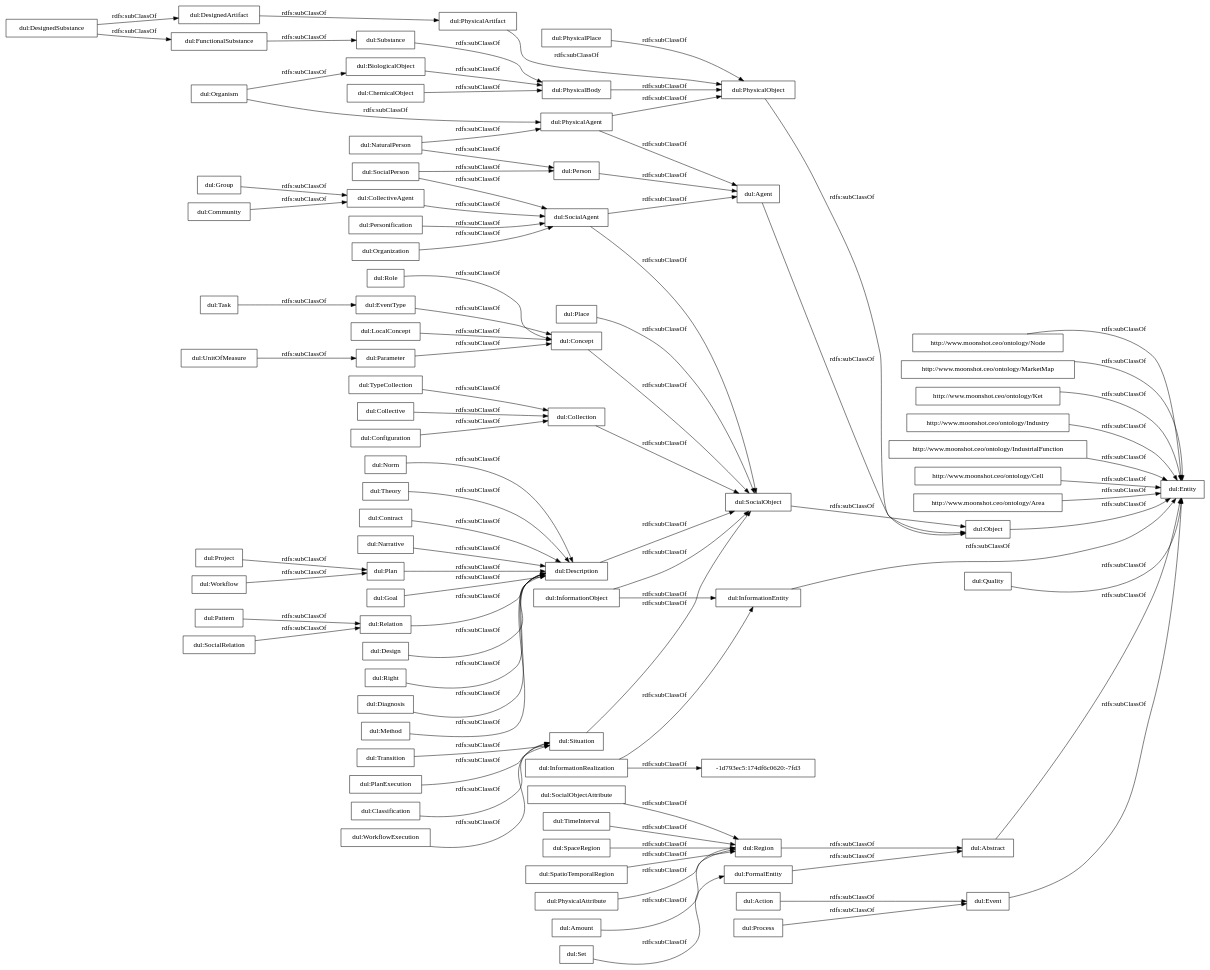
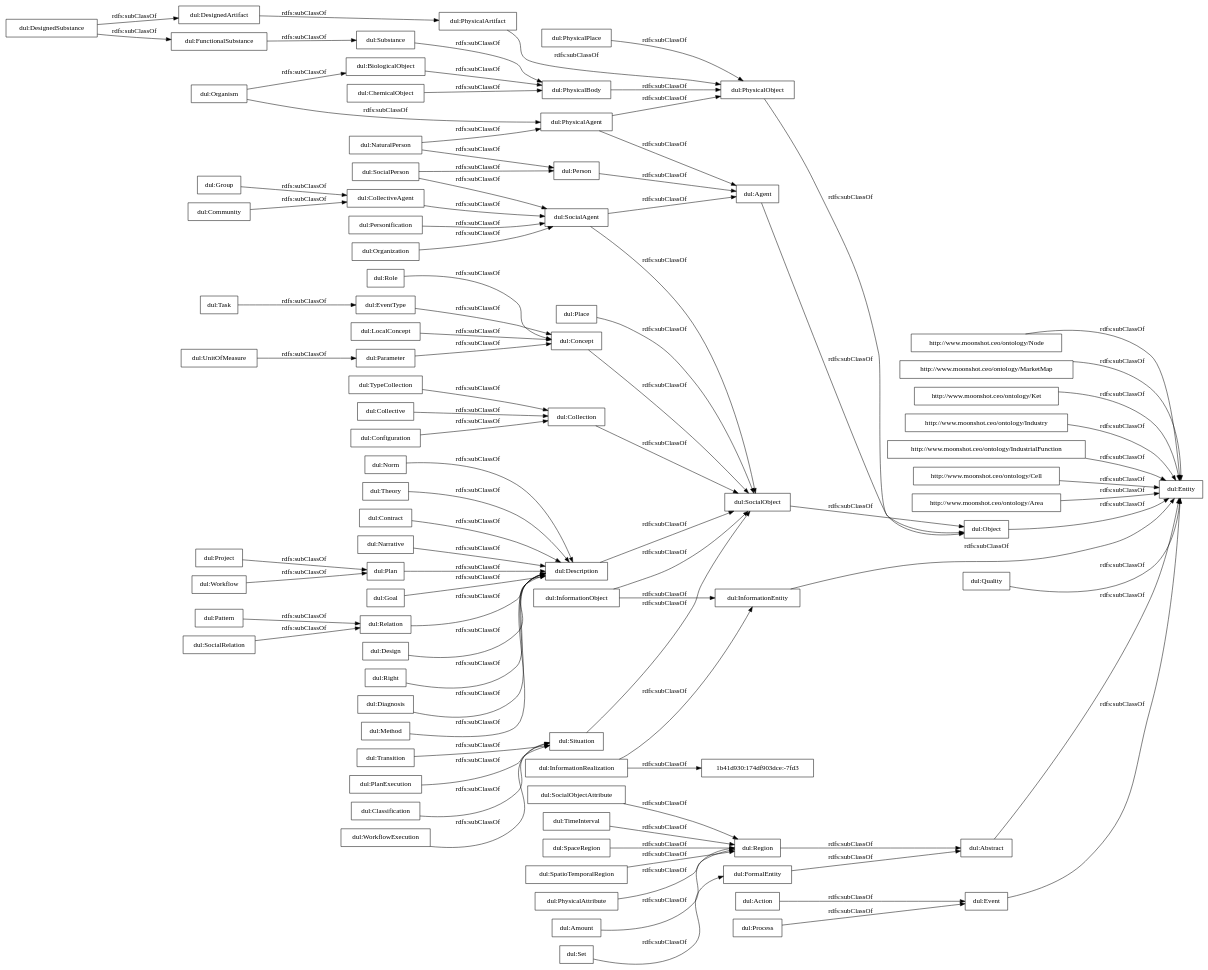
The diagram in OnToology/iebrain.ttl/diagrams/ar2dtool-taxonomy/iebrain.ttl.png.dot (oeg-upm/IEBrain), drawn with Graphviz before and after one commit. The commit also changed 5 other files, not shown here.

```diff
--- a/OnToology/iebrain.ttl/diagrams/ar2dtool-taxonomy/iebrain.ttl.png.dot
+++ b/OnToology/iebrain.ttl/diagrams/ar2dtool-taxonomy/iebrain.ttl.png.dot
@@ -1,95 +1,95 @@
 digraph ar2dtool_diagram { 
 rankdir=LR;
 size="1000"
-node [shape = rectangle, color="black"]; "http://www.moonshot.ceo/ontology/Node" "http://www.moonshot.ceo/ontology/MarketMap" "http://www.moonshot.ceo/ontology/Ket" "http://www.moonshot.ceo/ontology/Industry" "http://www.moonshot.ceo/ontology/IndustrialFunction" "http://www.moonshot.ceo/ontology/Cell" "http://www.moonshot.ceo/ontology/Area" "dul:Goal" "dul:FormalEntity" "dul:EventType" "-1d793ec5:174df6c0620:-7fd3" "dul:PhysicalBody" "dul:Object" "dul:Description" "dul:PhysicalAgent" "dul:Relation" "dul:Role" "dul:Entity" "dul:Organism" "dul:Personification" "dul:Situation" "dul:UnitOfMeasure" "dul:Abstract" "dul:SocialPerson" "dul:Transition" "dul:Collective" "dul:CollectiveAgent" "dul:Amount" "dul:Plan" "dul:Design" "dul:Process" "dul:SocialObjectAttribute" "dul:Right" "dul:Task" "dul:DesignedSubstance" "dul:BiologicalObject" "dul:Place" "dul:Quality" "dul:Action" "dul:SocialAgent" "dul:Configuration" "dul:Project" "dul:PlanExecution" "dul:Pattern" "dul:Diagnosis" "dul:Agent" "dul:Classification" "dul:Parameter" "dul:WorkflowExecution" "dul:SocialObject" "dul:Group" "dul:Community" "dul:FunctionalSubstance" "dul:PhysicalPlace" "dul:Method" "dul:Concept" "dul:SocialRelation" "dul:Event" "dul:DesignedArtifact" "dul:TimeInterval" "dul:Person" "dul:TypeCollection" "dul:SpaceRegion" "dul:PhysicalObject" "dul:SpatioTemporalRegion" "dul:Norm" "dul:InformationRealization" "dul:Theory" "dul:PhysicalAttribute" "dul:NaturalPerson" "dul:Workflow" "dul:InformationObject" "dul:ChemicalObject" "dul:Contract" "dul:Narrative" "dul:Collection" "dul:Substance" "dul:Region" "dul:InformationEntity" "dul:PhysicalArtifact" "dul:Organization" "dul:Set" "dul:LocalConcept" ; /*classes style*/
+node [shape = rectangle, color="black"]; "http://www.moonshot.ceo/ontology/Node" "http://www.moonshot.ceo/ontology/MarketMap" "http://www.moonshot.ceo/ontology/Ket" "http://www.moonshot.ceo/ontology/Industry" "http://www.moonshot.ceo/ontology/IndustrialFunction" "http://www.moonshot.ceo/ontology/Cell" "http://www.moonshot.ceo/ontology/Area" "dul:Goal" "dul:FormalEntity" "dul:EventType" "dul:PhysicalBody" "dul:Object" "dul:Description" "dul:PhysicalAgent" "dul:Relation" "dul:Role" "dul:Entity" "dul:Organism" "dul:Personification" "dul:Situation" "dul:UnitOfMeasure" "dul:Abstract" "dul:SocialPerson" "dul:Transition" "dul:Collective" "dul:CollectiveAgent" "dul:Amount" "dul:Plan" "dul:Design" "dul:Process" "dul:SocialObjectAttribute" "dul:Right" "dul:Task" "dul:DesignedSubstance" "dul:BiologicalObject" "dul:Place" "dul:Quality" "dul:Action" "dul:SocialAgent" "dul:Configuration" "dul:Project" "dul:PlanExecution" "dul:Pattern" "dul:Agent" "dul:Classification" "dul:Diagnosis" "dul:Parameter" "dul:WorkflowExecution" "dul:SocialObject" "dul:Group" "dul:Community" "dul:FunctionalSubstance" "dul:PhysicalPlace" "dul:Method" "dul:Concept" "dul:SocialRelation" "dul:Event" "dul:DesignedArtifact" "dul:TimeInterval" "dul:Person" "dul:TypeCollection" "dul:SpaceRegion" "dul:PhysicalObject" "dul:SpatioTemporalRegion" "dul:Norm" "dul:InformationRealization" "dul:Theory" "dul:PhysicalAttribute" "dul:NaturalPerson" "dul:Workflow" "dul:InformationObject" "dul:ChemicalObject" "dul:Contract" "dul:Narrative" "dul:Collection" "dul:Substance" "1b41d930:174df903dce:-7fd3" "dul:Region" "dul:InformationEntity" "dul:PhysicalArtifact" "dul:Organization" "dul:Set" "dul:LocalConcept" ; /*classes style*/
 	"dul:CollectiveAgent" -> "dul:SocialAgent" [ label = "rdfs:subClassOf" ];
 	"dul:Region" -> "dul:Abstract" [ label = "rdfs:subClassOf" ];
 	"dul:TypeCollection" -> "dul:Collection" [ label = "rdfs:subClassOf" ];
 	"dul:PhysicalAttribute" -> "dul:Region" [ label = "rdfs:subClassOf" ];
 	"dul:Organization" -> "dul:SocialAgent" [ label = "rdfs:subClassOf" ];
 	"http://www.moonshot.ceo/ontology/Node" -> "dul:Entity" [ label = "rdfs:subClassOf" ];
 	"dul:Configuration" -> "dul:Collection" [ label = "rdfs:subClassOf" ];
 	"dul:Quality" -> "dul:Entity" [ label = "rdfs:subClassOf" ];
 	"dul:Description" -> "dul:SocialObject" [ label = "rdfs:subClassOf" ];
 	"dul:Community" -> "dul:CollectiveAgent" [ label = "rdfs:subClassOf" ];
 	"dul:Method" -> "dul:Description" [ label = "rdfs:subClassOf" ];
 	"dul:Concept" -> "dul:SocialObject" [ label = "rdfs:subClassOf" ];
 	"dul:Object" -> "dul:Entity" [ label = "rdfs:subClassOf" ];
 	"dul:Place" -> "dul:SocialObject" [ label = "rdfs:subClassOf" ];
 	"dul:PhysicalArtifact" -> "dul:PhysicalObject" [ label = "rdfs:subClassOf" ];
 	"dul:Organism" -> "dul:PhysicalAgent" [ label = "rdfs:subClassOf" ];
 	"dul:Organism" -> "dul:BiologicalObject" [ label = "rdfs:subClassOf" ];
 	"dul:Goal" -> "dul:Description" [ label = "rdfs:subClassOf" ];
 	"dul:FunctionalSubstance" -> "dul:Substance" [ label = "rdfs:subClassOf" ];
 	"dul:Role" -> "dul:Concept" [ label = "rdfs:subClassOf" ];
 	"dul:Collective" -> "dul:Collection" [ label = "rdfs:subClassOf" ];
 	"dul:InformationObject" -> "dul:SocialObject" [ label = "rdfs:subClassOf" ];
 	"dul:InformationObject" -> "dul:InformationEntity" [ label = "rdfs:subClassOf" ];
 	"dul:UnitOfMeasure" -> "dul:Parameter" [ label = "rdfs:subClassOf" ];
 	"dul:SocialObjectAttribute" -> "dul:Region" [ label = "rdfs:subClassOf" ];
 	"dul:WorkflowExecution" -> "dul:Situation" [ label = "rdfs:subClassOf" ];
 	"dul:Right" -> "dul:Description" [ label = "rdfs:subClassOf" ];
 	"dul:Task" -> "dul:EventType" [ label = "rdfs:subClassOf" ];
 	"dul:Set" -> "dul:FormalEntity" [ label = "rdfs:subClassOf" ];
 	"dul:DesignedSubstance" -> "dul:FunctionalSubstance" [ label = "rdfs:subClassOf" ];
 	"dul:DesignedSubstance" -> "dul:DesignedArtifact" [ label = "rdfs:subClassOf" ];
 	"dul:SocialObject" -> "dul:Object" [ label = "rdfs:subClassOf" ];
 	"dul:Parameter" -> "dul:Concept" [ label = "rdfs:subClassOf" ];
-	"dul:InformationRealization" -> "-1d793ec5:174df6c0620:-7fd3" [ label = "rdfs:subClassOf" ];
+	"dul:InformationRealization" -> "1b41d930:174df903dce:-7fd3" [ label = "rdfs:subClassOf" ];
 	"dul:InformationRealization" -> "dul:InformationEntity" [ label = "rdfs:subClassOf" ];
 	"dul:Substance" -> "dul:PhysicalBody" [ label = "rdfs:subClassOf" ];
 	"dul:Event" -> "dul:Entity" [ label = "rdfs:subClassOf" ];
 	"dul:PhysicalAgent" -> "dul:PhysicalObject" [ label = "rdfs:subClassOf" ];
 	"dul:PhysicalAgent" -> "dul:Agent" [ label = "rdfs:subClassOf" ];
 	"http://www.moonshot.ceo/ontology/Area" -> "dul:Entity" [ label = "rdfs:subClassOf" ];
 	"dul:Project" -> "dul:Plan" [ label = "rdfs:subClassOf" ];
 	"dul:PhysicalObject" -> "dul:Object" [ label = "rdfs:subClassOf" ];
 	"dul:Action" -> "dul:Event" [ label = "rdfs:subClassOf" ];
 	"dul:Situation" -> "dul:SocialObject" [ label = "rdfs:subClassOf" ];
 	"dul:Design" -> "dul:Description" [ label = "rdfs:subClassOf" ];
 	"dul:EventType" -> "dul:Concept" [ label = "rdfs:subClassOf" ];
 	"dul:Classification" -> "dul:Situation" [ label = "rdfs:subClassOf" ];
 	"http://www.moonshot.ceo/ontology/IndustrialFunction" -> "dul:Entity" [ label = "rdfs:subClassOf" ];
 	"dul:Workflow" -> "dul:Plan" [ label = "rdfs:subClassOf" ];
 	"dul:Pattern" -> "dul:Relation" [ label = "rdfs:subClassOf" ];
 	"dul:Transition" -> "dul:Situation" [ label = "rdfs:subClassOf" ];
 	"dul:Norm" -> "dul:Description" [ label = "rdfs:subClassOf" ];
 	"dul:Person" -> "dul:Agent" [ label = "rdfs:subClassOf" ];
 	"http://www.moonshot.ceo/ontology/Ket" -> "dul:Entity" [ label = "rdfs:subClassOf" ];
 	"http://www.moonshot.ceo/ontology/Cell" -> "dul:Entity" [ label = "rdfs:subClassOf" ];
 	"dul:Contract" -> "dul:Description" [ label = "rdfs:subClassOf" ];
 	"dul:PhysicalPlace" -> "dul:PhysicalObject" [ label = "rdfs:subClassOf" ];
 	"dul:Relation" -> "dul:Description" [ label = "rdfs:subClassOf" ];
 	"dul:SocialRelation" -> "dul:Relation" [ label = "rdfs:subClassOf" ];
 	"dul:PlanExecution" -> "dul:Situation" [ label = "rdfs:subClassOf" ];
 	"http://www.moonshot.ceo/ontology/MarketMap" -> "dul:Entity" [ label = "rdfs:subClassOf" ];
 	"dul:LocalConcept" -> "dul:Concept" [ label = "rdfs:subClassOf" ];
 	"dul:FormalEntity" -> "dul:Abstract" [ label = "rdfs:subClassOf" ];
 	"dul:PhysicalBody" -> "dul:PhysicalObject" [ label = "rdfs:subClassOf" ];
 	"http://www.moonshot.ceo/ontology/Industry" -> "dul:Entity" [ label = "rdfs:subClassOf" ];
 	"dul:BiologicalObject" -> "dul:PhysicalBody" [ label = "rdfs:subClassOf" ];
 	"dul:SocialPerson" -> "dul:SocialAgent" [ label = "rdfs:subClassOf" ];
 	"dul:SocialPerson" -> "dul:Person" [ label = "rdfs:subClassOf" ];
 	"dul:NaturalPerson" -> "dul:PhysicalAgent" [ label = "rdfs:subClassOf" ];
 	"dul:NaturalPerson" -> "dul:Person" [ label = "rdfs:subClassOf" ];
 	"dul:TimeInterval" -> "dul:Region" [ label = "rdfs:subClassOf" ];
 	"dul:Collection" -> "dul:SocialObject" [ label = "rdfs:subClassOf" ];
 	"dul:InformationEntity" -> "dul:Entity" [ label = "rdfs:subClassOf" ];
 	"dul:SpatioTemporalRegion" -> "dul:Region" [ label = "rdfs:subClassOf" ];
 	"dul:Personification" -> "dul:SocialAgent" [ label = "rdfs:subClassOf" ];
 	"dul:DesignedArtifact" -> "dul:PhysicalArtifact" [ label = "rdfs:subClassOf" ];
 	"dul:ChemicalObject" -> "dul:PhysicalBody" [ label = "rdfs:subClassOf" ];
 	"dul:Narrative" -> "dul:Description" [ label = "rdfs:subClassOf" ];
 	"dul:Process" -> "dul:Event" [ label = "rdfs:subClassOf" ];
 	"dul:Theory" -> "dul:Description" [ label = "rdfs:subClassOf" ];
 	"dul:Abstract" -> "dul:Entity" [ label = "rdfs:subClassOf" ];
 	"dul:SpaceRegion" -> "dul:Region" [ label = "rdfs:subClassOf" ];
 	"dul:Plan" -> "dul:Description" [ label = "rdfs:subClassOf" ];
 	"dul:Group" -> "dul:CollectiveAgent" [ label = "rdfs:subClassOf" ];
 	"dul:SocialAgent" -> "dul:SocialObject" [ label = "rdfs:subClassOf" ];
 	"dul:SocialAgent" -> "dul:Agent" [ label = "rdfs:subClassOf" ];
 	"dul:Diagnosis" -> "dul:Description" [ label = "rdfs:subClassOf" ];
 	"dul:Agent" -> "dul:Object" [ label = "rdfs:subClassOf" ];
 	"dul:Amount" -> "dul:Region" [ label = "rdfs:subClassOf" ];
 
 }
```
